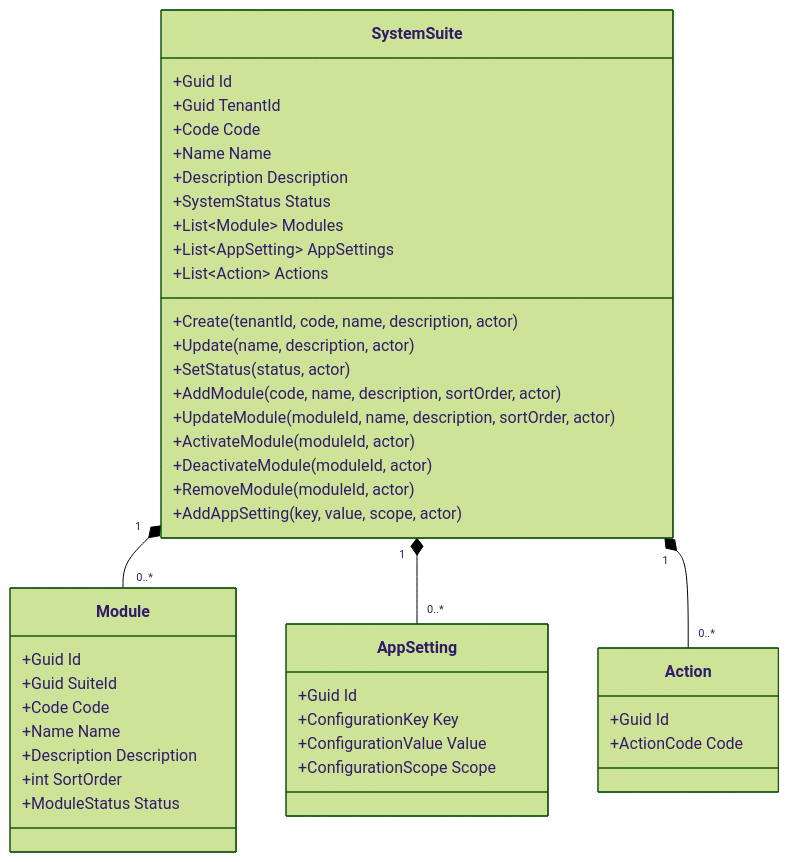
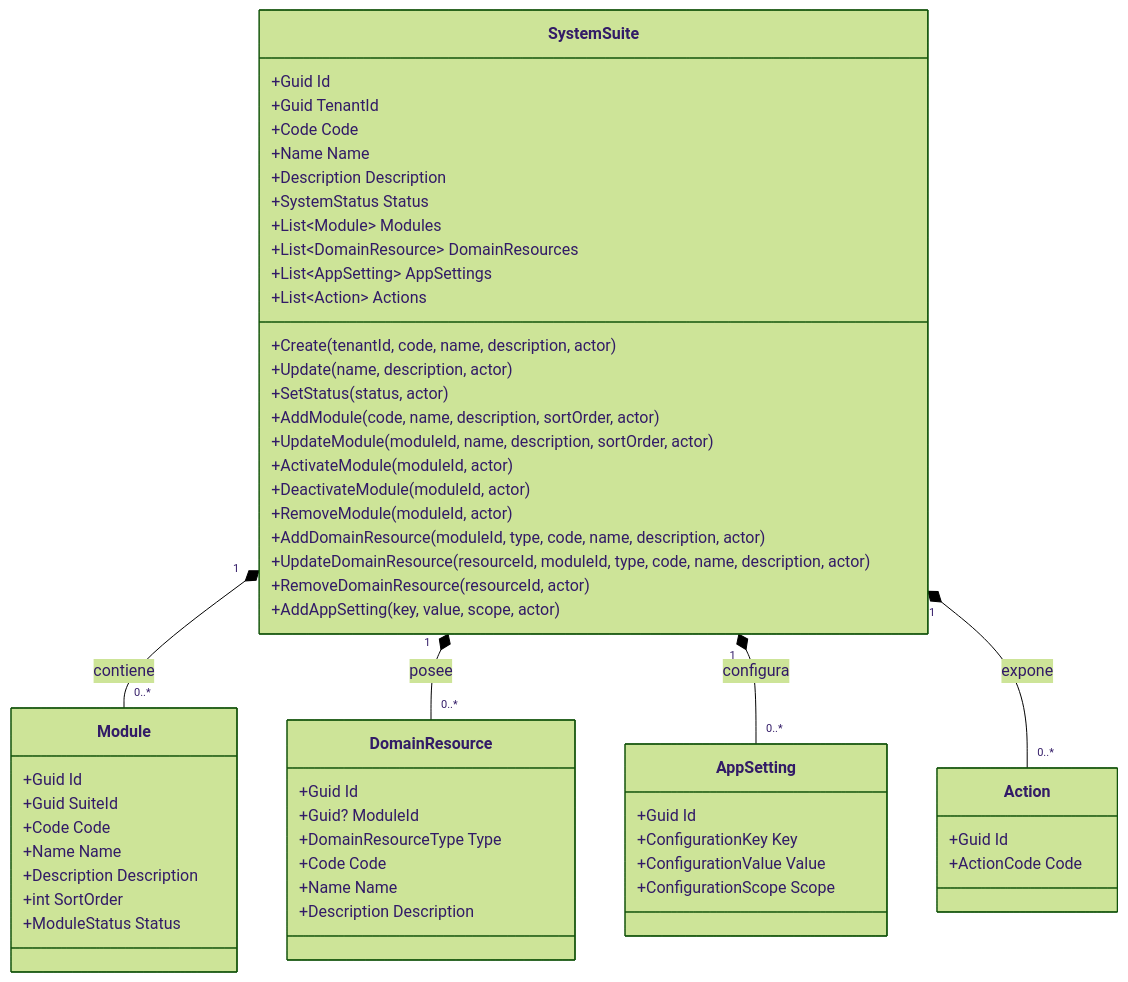
One commit to beyondnetcode/ums changed the first of 3 diagrams in docs/domain-es/authorization/system-suite.md. Above: the diagram before and after it, drawn with Mermaid (forest theme). The commit also changed other lines of this file and 98 other files, not shown here.

First line of the commit message:
feat(authorization,ui): extend permission model with Domain Resources + MD3 list alignment

````diff
--- a/docs/domain-es/authorization/system-suite.md
+++ b/docs/domain-es/authorization/system-suite.md
@@ -81,46 +81,59 @@
 ```mermaid
 classDiagram
     direction TB
     class SystemSuite {
         +Guid Id
         +Guid TenantId
         +Code Code
         +Name Name
         +Description Description
         +SystemStatus Status
         +List~Module~ Modules
+        +List~DomainResource~ DomainResources
         +List~AppSetting~ AppSettings
         +List~Action~ Actions
         +Create(tenantId, code, name, description, actor)
         +Update(name, description, actor)
         +SetStatus(status, actor)
         +AddModule(code, name, description, sortOrder, actor)
         +UpdateModule(moduleId, name, description, sortOrder, actor)
         +ActivateModule(moduleId, actor)
         +DeactivateModule(moduleId, actor)
         +RemoveModule(moduleId, actor)
+        +AddDomainResource(moduleId, type, code, name, description, actor)
+        +UpdateDomainResource(resourceId, moduleId, type, code, name, description, actor)
+        +RemoveDomainResource(resourceId, actor)
         +AddAppSetting(key, value, scope, actor)
     }
     class Module {
         +Guid Id
         +Guid SuiteId
         +Code Code
         +Name Name
         +Description Description
         +int SortOrder
         +ModuleStatus Status
     }
+    class DomainResource {
+        +Guid Id
+        +Guid? ModuleId
+        +DomainResourceType Type
+        +Code Code
+        +Name Name
+        +Description Description
+    }
     class AppSetting {
         +Guid Id
         +ConfigurationKey Key
         +ConfigurationValue Value
         +ConfigurationScope Scope
     }
     class Action {
         +Guid Id
         +ActionCode Code
     }
-    SystemSuite "1" *-- "0..*" Module
-    SystemSuite "1" *-- "0..*" AppSetting
-    SystemSuite "1" *-- "0..*" Action
+    SystemSuite "1" *-- "0..*" Module : contiene
+    SystemSuite "1" *-- "0..*" DomainResource : posee
+    SystemSuite "1" *-- "0..*" AppSetting : configura
+    SystemSuite "1" *-- "0..*" Action : expone
 ```
````
